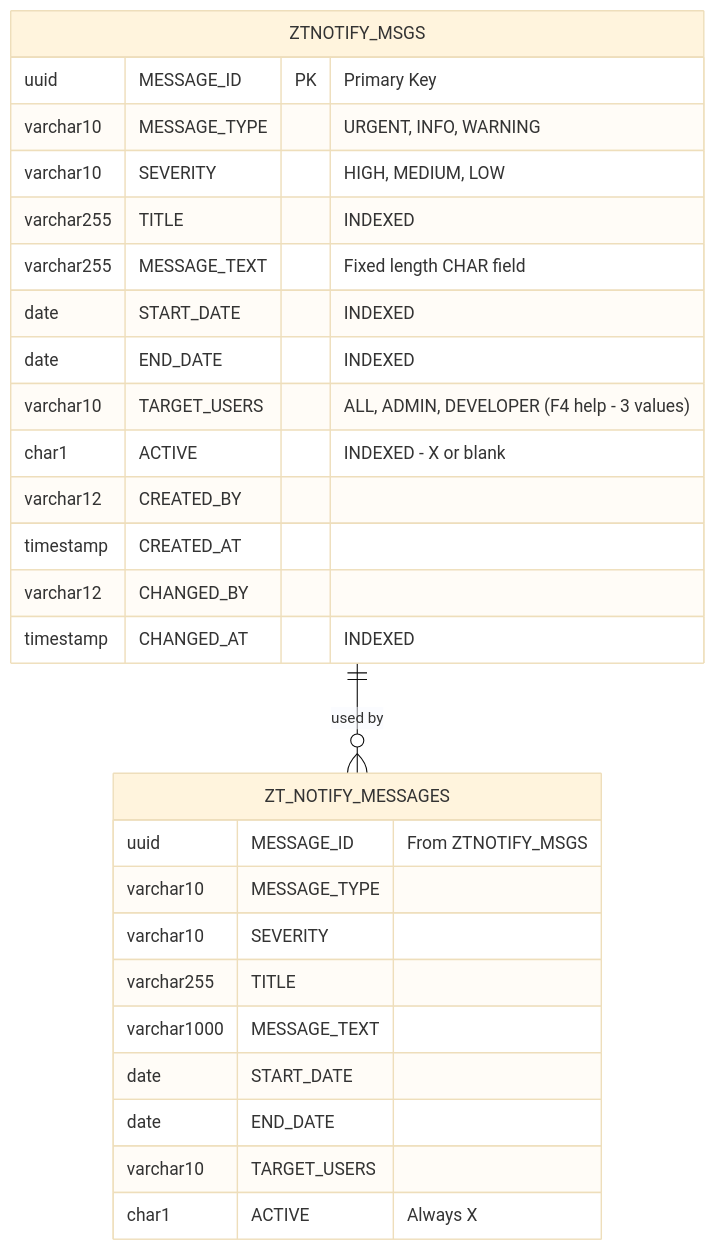
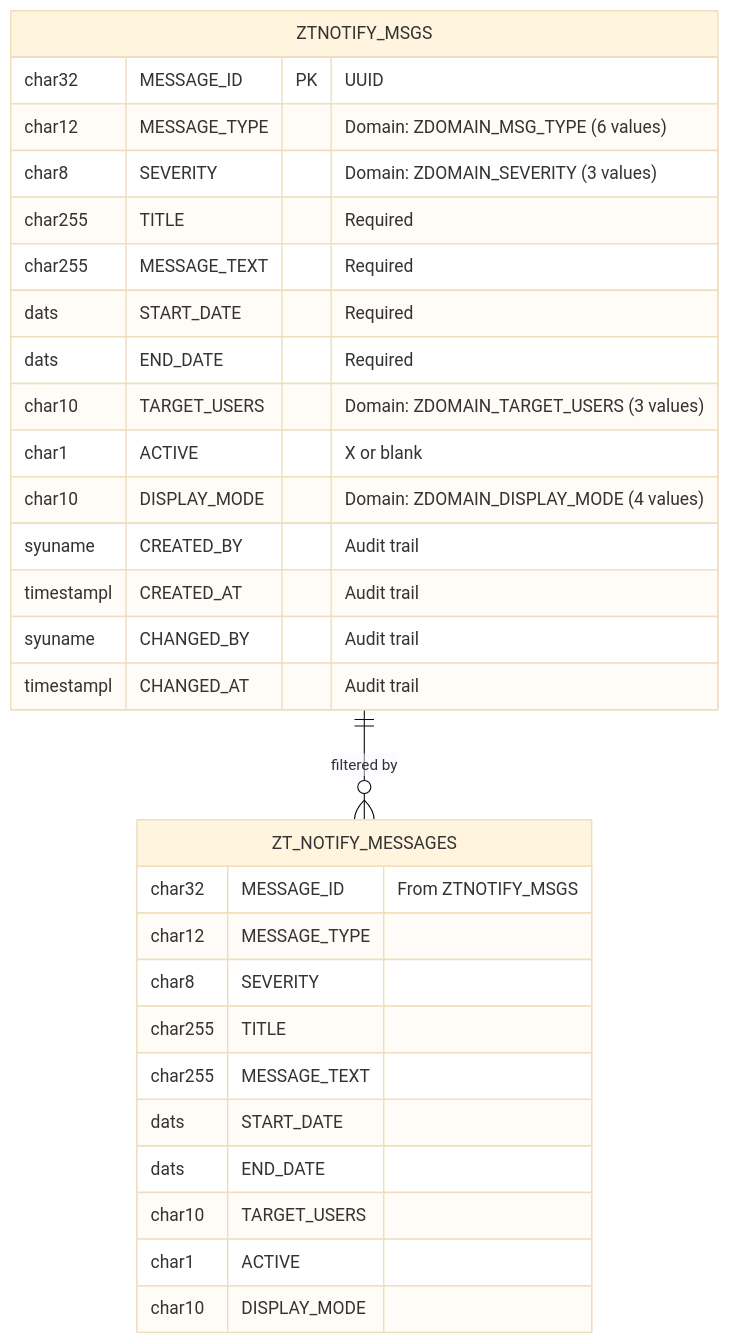
Before and after one commit to Raistlin82/sap-fiori-notification-banner: the fourth of 5 diagrams in docs/ARCHITECTURE.md, drawn with Mermaid (base theme). The commit also changed other lines of this file and 4 other files, not shown here.

````diff
--- a/docs/ARCHITECTURE.md
+++ b/docs/ARCHITECTURE.md
@@ -170,32 +167,34 @@
 ```mermaid
 erDiagram
-    ZTNOTIFY_MSGS ||--o{ ZT_NOTIFY_MESSAGES : "used by"
+    ZTNOTIFY_MSGS ||--o{ ZT_NOTIFY_MESSAGES : "filtered by"
 
     ZTNOTIFY_MSGS {
-        uuid MESSAGE_ID PK "Primary Key"
-        varchar10 MESSAGE_TYPE "URGENT, INFO, WARNING"
-        varchar10 SEVERITY "HIGH, MEDIUM, LOW"
-        varchar255 TITLE "INDEXED"
-        varchar255 MESSAGE_TEXT "Fixed length CHAR field"
-        date START_DATE "INDEXED"
-        date END_DATE "INDEXED"
-        varchar10 TARGET_USERS "ALL, ADMIN, DEVELOPER (F4 help - 3 values)"
-        char1 ACTIVE "INDEXED - X or blank"
-        varchar12 CREATED_BY
-        timestamp CREATED_AT
-        varchar12 CHANGED_BY
-        timestamp CHANGED_AT "INDEXED"
+        char32 MESSAGE_ID PK "UUID"
+        char12 MESSAGE_TYPE "Domain: ZDOMAIN_MSG_TYPE (6 values)"
+        char8 SEVERITY "Domain: ZDOMAIN_SEVERITY (3 values)"
+        char255 TITLE "Required"
+        char255 MESSAGE_TEXT "Required"
+        dats START_DATE "Required"
+        dats END_DATE "Required"
+        char10 TARGET_USERS "Domain: ZDOMAIN_TARGET_USERS (3 values)"
+        char1 ACTIVE "X or blank"
+        char10 DISPLAY_MODE "Domain: ZDOMAIN_DISPLAY_MODE (4 values)"
+        syuname CREATED_BY "Audit trail"
+        timestampl CREATED_AT "Audit trail"
+        syuname CHANGED_BY "Audit trail"
+        timestampl CHANGED_AT "Audit trail"
     }
 
     ZT_NOTIFY_MESSAGES {
-        uuid MESSAGE_ID "From ZTNOTIFY_MSGS"
-        varchar10 MESSAGE_TYPE
-        varchar10 SEVERITY
-        varchar255 TITLE
-        varchar1000 MESSAGE_TEXT
-        date START_DATE
-        date END_DATE
-        varchar10 TARGET_USERS
-        char1 ACTIVE "Always X"
+        char32 MESSAGE_ID "From ZTNOTIFY_MSGS"
+        char12 MESSAGE_TYPE
+        char8 SEVERITY
+        char255 TITLE
+        char255 MESSAGE_TEXT
+        dats START_DATE
+        dats END_DATE
+        char10 TARGET_USERS
+        char1 ACTIVE
+        char10 DISPLAY_MODE
     }
 ```
````
